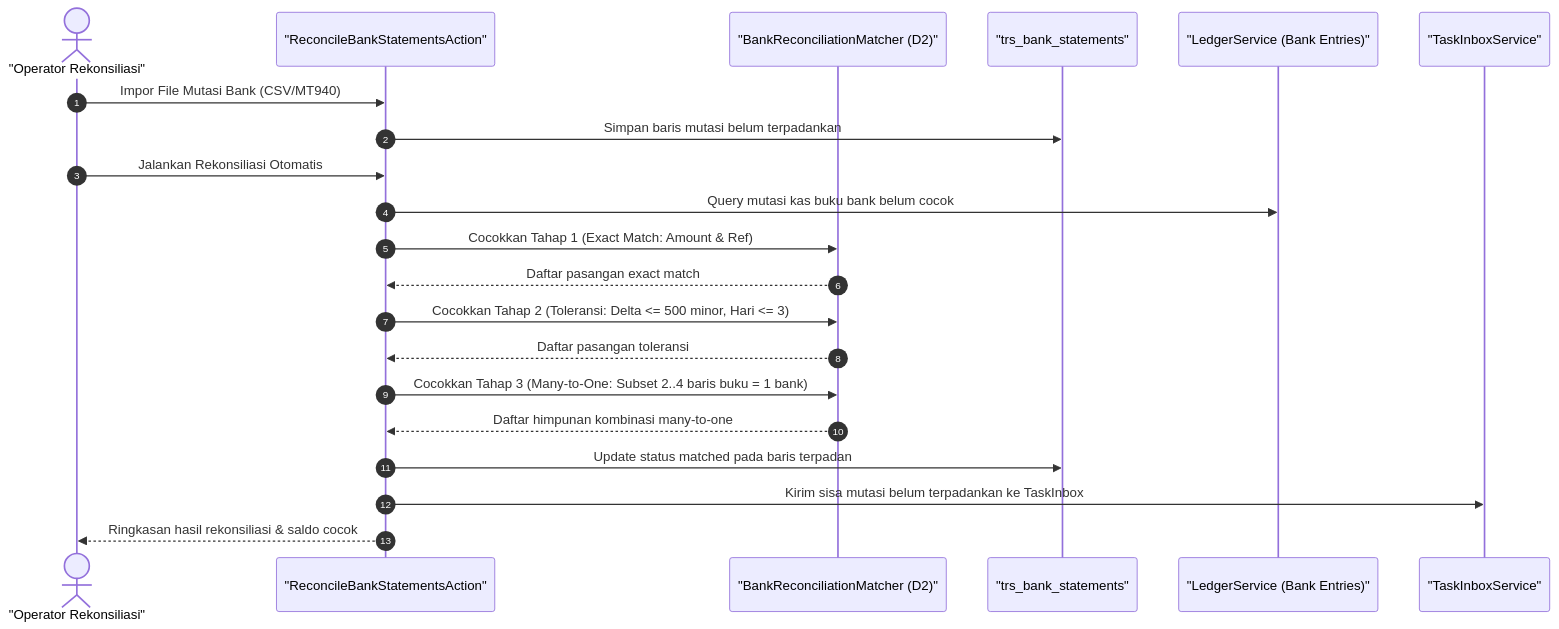
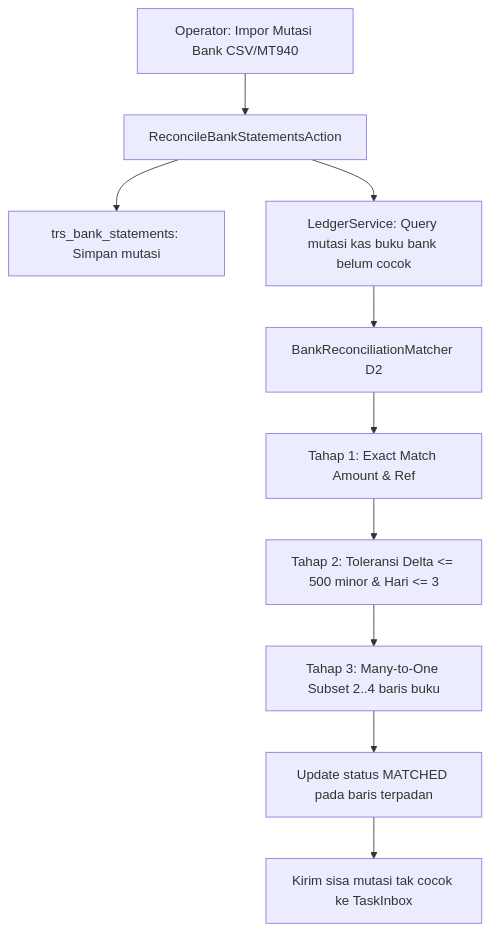
The second of 4 diagrams in docs/design/fase-48.md (Orls967/SuperWeb), drawn with Mermaid before and after one commit. The commit also changed other lines of this file and 55 other files, not shown here.

````diff
--- a/docs/design/fase-48.md
+++ b/docs/design/fase-48.md
@@ -52,24 +36,12 @@
 ```mermaid
-sequenceDiagram
-    autonumber
-    actor Operator as "Operator Rekonsiliasi"
-    participant ReconAction as "ReconcileBankStatementsAction"
-    participant Matcher as "BankReconciliationMatcher (D2)"
-    participant Statements as "trs_bank_statements"
-    participant Ledger as "LedgerService (Bank Entries)"
-    participant TaskInbox as "TaskInboxService"
-
-    Operator->>ReconAction: Impor File Mutasi Bank (CSV/MT940)
-    ReconAction->>Statements: Simpan baris mutasi belum terpadankan
-    Operator->>ReconAction: Jalankan Rekonsiliasi Otomatis
-    ReconAction->>Ledger: Query mutasi kas buku bank belum cocok
-    ReconAction->>Matcher: Cocokkan Tahap 1 (Exact Match: Amount & Ref)
-    Matcher-->>ReconAction: Daftar pasangan exact match
-    ReconAction->>Matcher: Cocokkan Tahap 2 (Toleransi: Delta <= 500 minor, Hari <= 3)
-    Matcher-->>ReconAction: Daftar pasangan toleransi
-    ReconAction->>Matcher: Cocokkan Tahap 3 (Many-to-One: Subset 2..4 baris buku = 1 bank)
-    Matcher-->>ReconAction: Daftar himpunan kombinasi many-to-one
-    ReconAction->>Statements: Update status matched pada baris terpadan
-    ReconAction->>TaskInbox: Kirim sisa mutasi belum terpadankan ke TaskInbox
-    ReconAction-->>Operator: Ringkasan hasil rekonsiliasi & saldo cocok
+flowchart TD
+    A["Operator: Impor Mutasi Bank CSV/MT940"] --> B["ReconcileBankStatementsAction"]
+    B --> C["trs_bank_statements: Simpan mutasi"]
+    B --> D["LedgerService: Query mutasi kas buku bank belum cocok"]
+    D --> E["BankReconciliationMatcher D2"]
+    E --> F["Tahap 1: Exact Match Amount & Ref"]
+    F --> G["Tahap 2: Toleransi Delta <= 500 minor & Hari <= 3"]
+    G --> H["Tahap 3: Many-to-One Subset 2..4 baris buku"]
+    H --> I["Update status MATCHED pada baris terpadan"]
+    I --> J["Kirim sisa mutasi tak cocok ke TaskInbox"]
 ```
````
